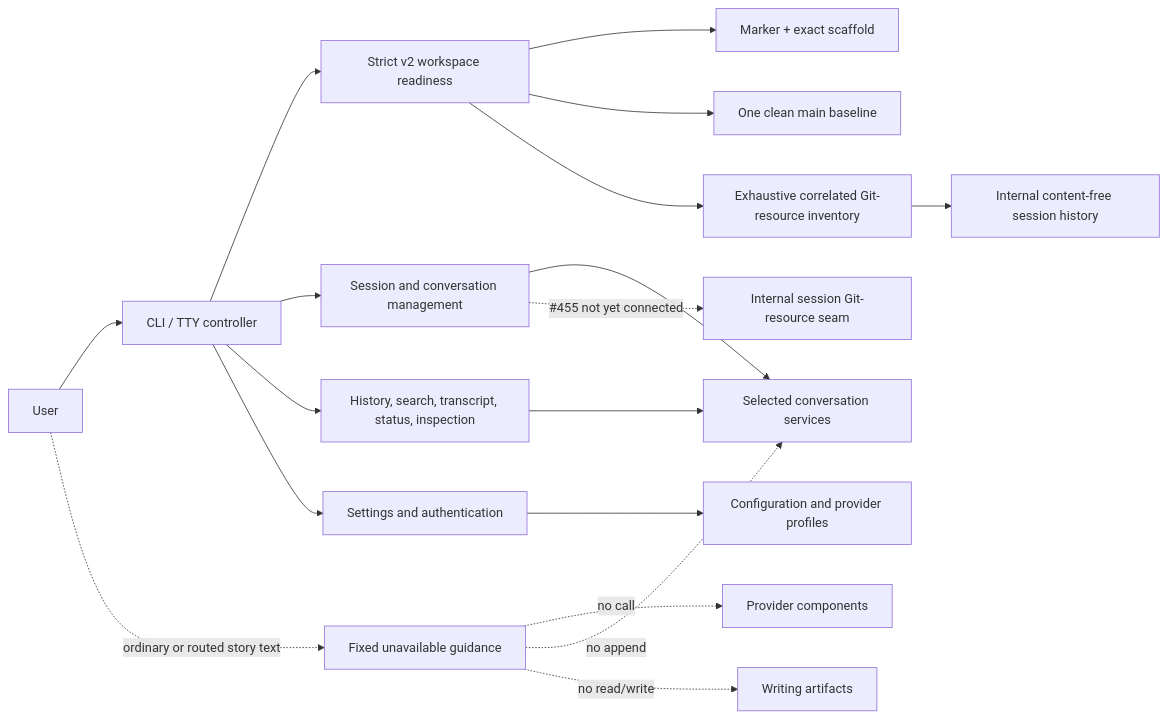
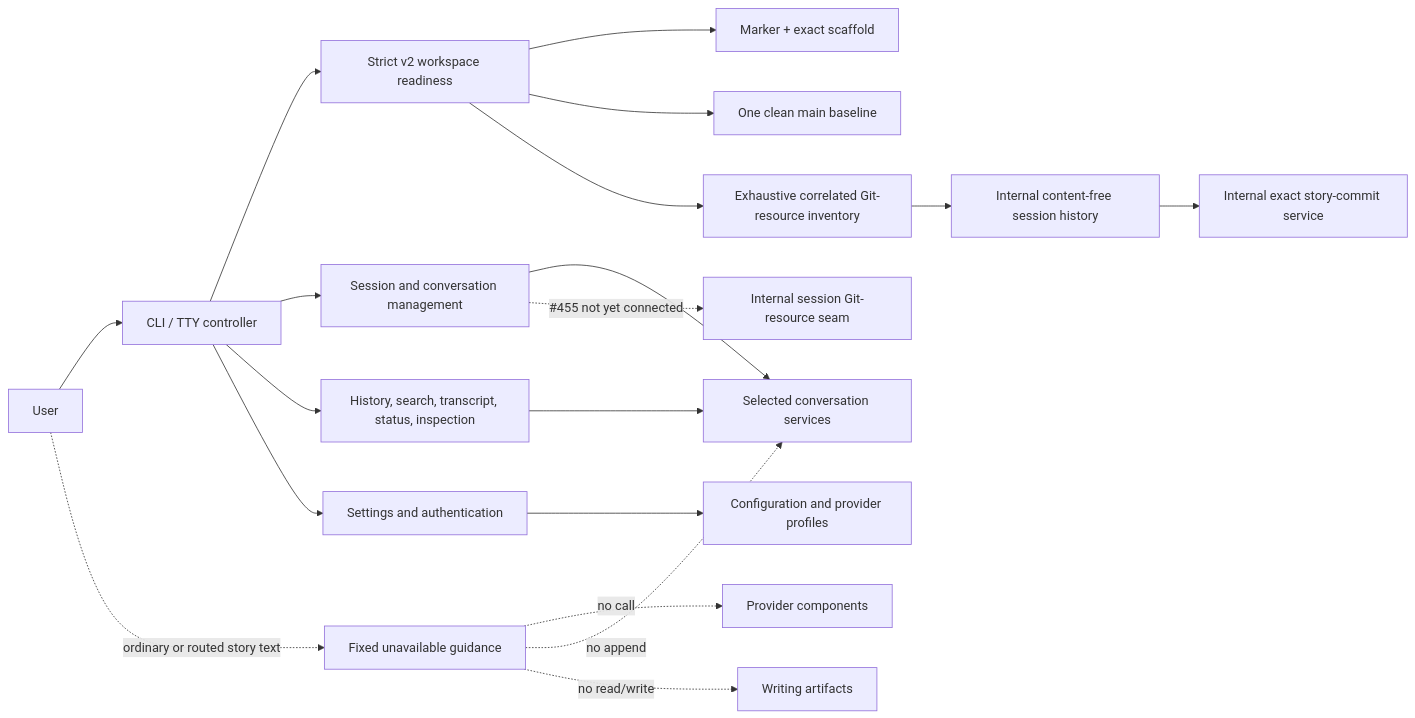
The diagram in docs/design/overview.md (Kims-DeveloperGroup/story-writing-agents), drawn with Mermaid before and after one commit. The commit also changed other lines of this file and 21 other files, not shown here.

First line of the commit message:
Add exact confirmed story commits

````diff
--- a/docs/design/overview.md
+++ b/docs/design/overview.md
@@ -13,20 +13,21 @@
 ```mermaid
 flowchart LR
     U[User] --> CLI[CLI / TTY controller]
     CLI --> WI[Strict v2 workspace readiness]
     WI --> WS[Marker + exact scaffold]
     WI --> G[One clean main baseline]
     WI --> GI[Exhaustive correlated Git-resource inventory]
     GI --> GH[Internal content-free session history]
+    GH --> GC[Internal exact story-commit service]
     CLI --> M[Session and conversation management]
     CLI --> I[History, search, transcript, status, inspection]
     CLI --> S[Settings and authentication]
     M --> CS[Selected conversation services]
     I --> CS
     S --> CFG[Configuration and provider profiles]
     U -. ordinary or routed story text .-> X[Fixed unavailable guidance]
     X -. no call .-> P[Provider components]
     X -. no append .-> CS
     X -. no read/write .-> A[Writing artifacts]
     M -. #455 not yet connected .-> GR[Internal session Git-resource seam]
 ```
````
